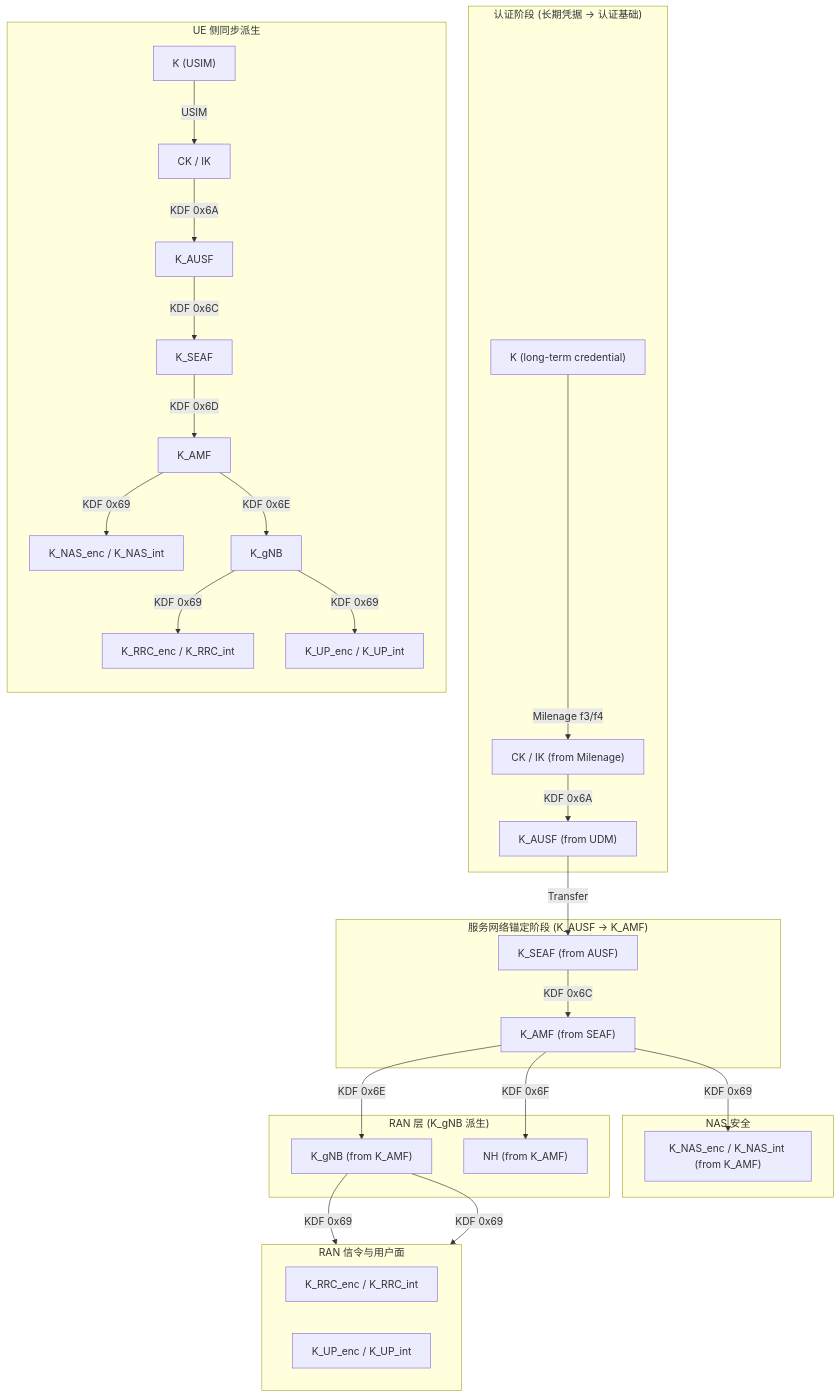
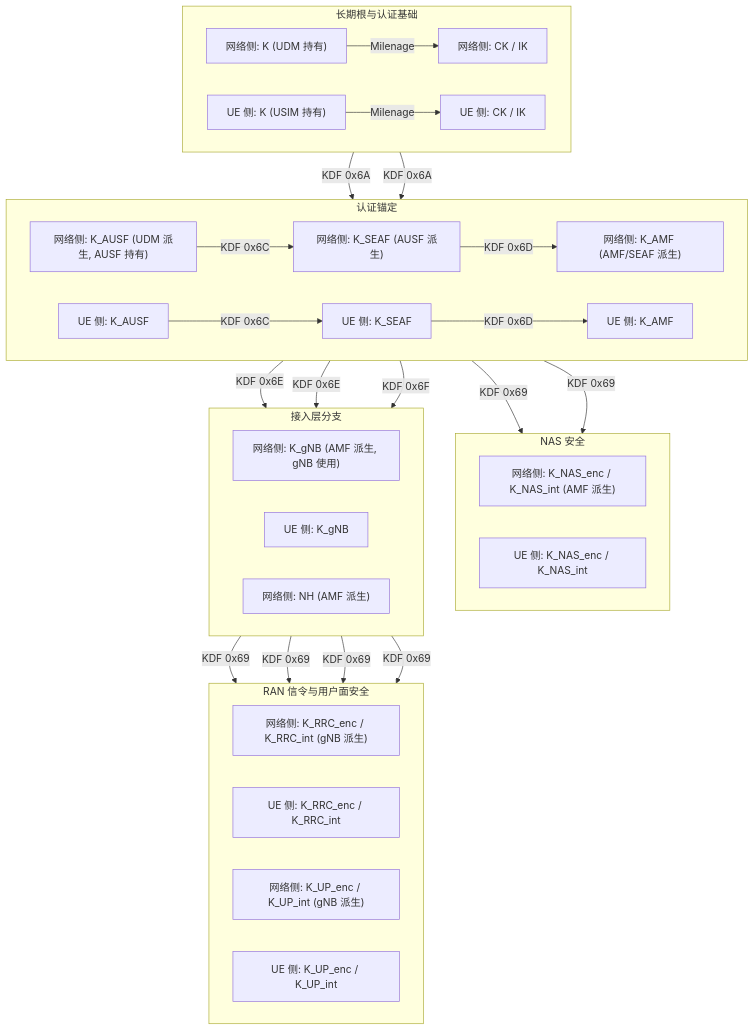
The fourth of 5 diagrams in _posts/2026-03-24-5G安全技术系统解析.md (mh567/mh567.github.io), drawn with Mermaid before and after one commit. The commit also changed other lines of this file, not shown here.

````diff
--- a/_posts/2026-03-24-5G安全技术系统解析.md
+++ b/_posts/2026-03-24-5G安全技术系统解析.md
@@ -374,63 +375,59 @@
 ```mermaid
 flowchart TD
-    subgraph L1["认证阶段 (长期凭据 → 认证基础)"]
-        H_K["K (long-term credential)"]
-        H_CKIK["CK / IK (from Milenage)"]
-        H_KAUSF["K_AUSF (from UDM)"]
+    subgraph ROOT["长期根与认证基础"]
+        direction LR
+        N_K["网络侧: K (UDM 持有)"]
+        U_K["UE 侧: K (USIM 持有)"]
+        N_CKIK["网络侧: CK / IK"]
+        U_CKIK["UE 侧: CK / IK"]
     end
 
-    subgraph L2["服务网络锚定阶段 (K_AUSF → K_AMF)"]
-        S_SEAF["K_SEAF (from AUSF)"]
-        S_KAMF["K_AMF (from SEAF)"]
+    subgraph AUTH["认证锚定"]
+        direction LR
+        N_KAUSF["网络侧: K_AUSF (UDM 派生, AUSF 持有)"]
+        U_KAUSF["UE 侧: K_AUSF"]
+        N_KSEAF["网络侧: K_SEAF (AUSF 派生)"]
+        U_KSEAF["UE 侧: K_SEAF"]
+        N_KAMF["网络侧: K_AMF (AMF/SEAF 派生)"]
+        U_KAMF["UE 侧: K_AMF"]
     end
 
-    subgraph L3_NAS["NAS 安全"]
-        S_KNAS["K_NAS_enc / K_NAS_int (from K_AMF)"]
+    subgraph NAS["NAS 安全"]
+        direction LR
+        N_KNAS["网络侧: K_NAS_enc / K_NAS_int (AMF 派生)"]
+        U_KNAS["UE 侧: K_NAS_enc / K_NAS_int"]
     end
 
-    subgraph L3_RAN["RAN 层 (K_gNB 派生)"]
-        S_KGNB["K_gNB (from K_AMF)"]
-        S_NH["NH (from K_AMF)"]
+    subgraph ACCESS["接入层分支"]
+        direction LR
+        N_KGNB["网络侧: K_gNB (AMF 派生, gNB 使用)"]
+        U_KGNB["UE 侧: K_gNB"]
+        N_NH["网络侧: NH (AMF 派生)"]
     end
 
-    subgraph L4_RAN["RAN 信令与用户面"]
+    subgraph RANSEC["RAN 信令与用户面安全"]
         direction LR
-        RAN_RRC["K_RRC_enc / K_RRC_int"]
-        RAN_UP["K_UP_enc / K_UP_int"]
+        N_RRC["网络侧: K_RRC_enc / K_RRC_int (gNB 派生)"]
+        U_RRC["UE 侧: K_RRC_enc / K_RRC_int"]
+        N_UP["网络侧: K_UP_enc / K_UP_int (gNB 派生)"]
+        U_UP["UE 侧: K_UP_enc / K_UP_int"]
     end
 
-    subgraph UE_PATH["UE 侧同步派生"]
-        direction TB
-        U_K["K (USIM)"]
-        U_CKIK["CK / IK"]
-        U_KAUSF["K_AUSF"]
-        U_KSEAF["K_SEAF"]
-        U_KAMF["K_AMF"]
-        U_KNAS["K_NAS_enc / K_NAS_int"]
-        U_KGNB["K_gNB"]
-        U_RRC["K_RRC_enc / K_RRC_int"]
-        U_UP["K_UP_enc / K_UP_int"]
-    end
-
-    H_K -->|Milenage f3/f4| H_CKIK
-    H_CKIK -->|KDF 0x6A| H_KAUSF
-    H_KAUSF -->|Transfer| S_SEAF
-    
-    S_SEAF -->|KDF 0x6C| S_KAMF
-    
-    S_KAMF -->|KDF 0x69| S_KNAS
-    S_KAMF -->|KDF 0x6E| S_KGNB
-    S_KAMF -->|KDF 0x6F| S_NH
-    
-    S_KGNB -->|KDF 0x69| RAN_RRC
-    S_KGNB -->|KDF 0x69| RAN_UP
-    
-    U_K -->|USIM| U_CKIK
+    N_K -->|Milenage| N_CKIK
+    U_K -->|Milenage| U_CKIK
+    N_CKIK -->|KDF 0x6A| N_KAUSF
     U_CKIK -->|KDF 0x6A| U_KAUSF
+    N_KAUSF -->|KDF 0x6C| N_KSEAF
     U_KAUSF -->|KDF 0x6C| U_KSEAF
+    N_KSEAF -->|KDF 0x6D| N_KAMF
     U_KSEAF -->|KDF 0x6D| U_KAMF
+    N_KAMF -->|KDF 0x69| N_KNAS
     U_KAMF -->|KDF 0x69| U_KNAS
+    N_KAMF -->|KDF 0x6E| N_KGNB
     U_KAMF -->|KDF 0x6E| U_KGNB
+    N_KAMF -->|KDF 0x6F| N_NH
+    N_KGNB -->|KDF 0x69| N_RRC
     U_KGNB -->|KDF 0x69| U_RRC
+    N_KGNB -->|KDF 0x69| N_UP
     U_KGNB -->|KDF 0x69| U_UP
 ```
````
